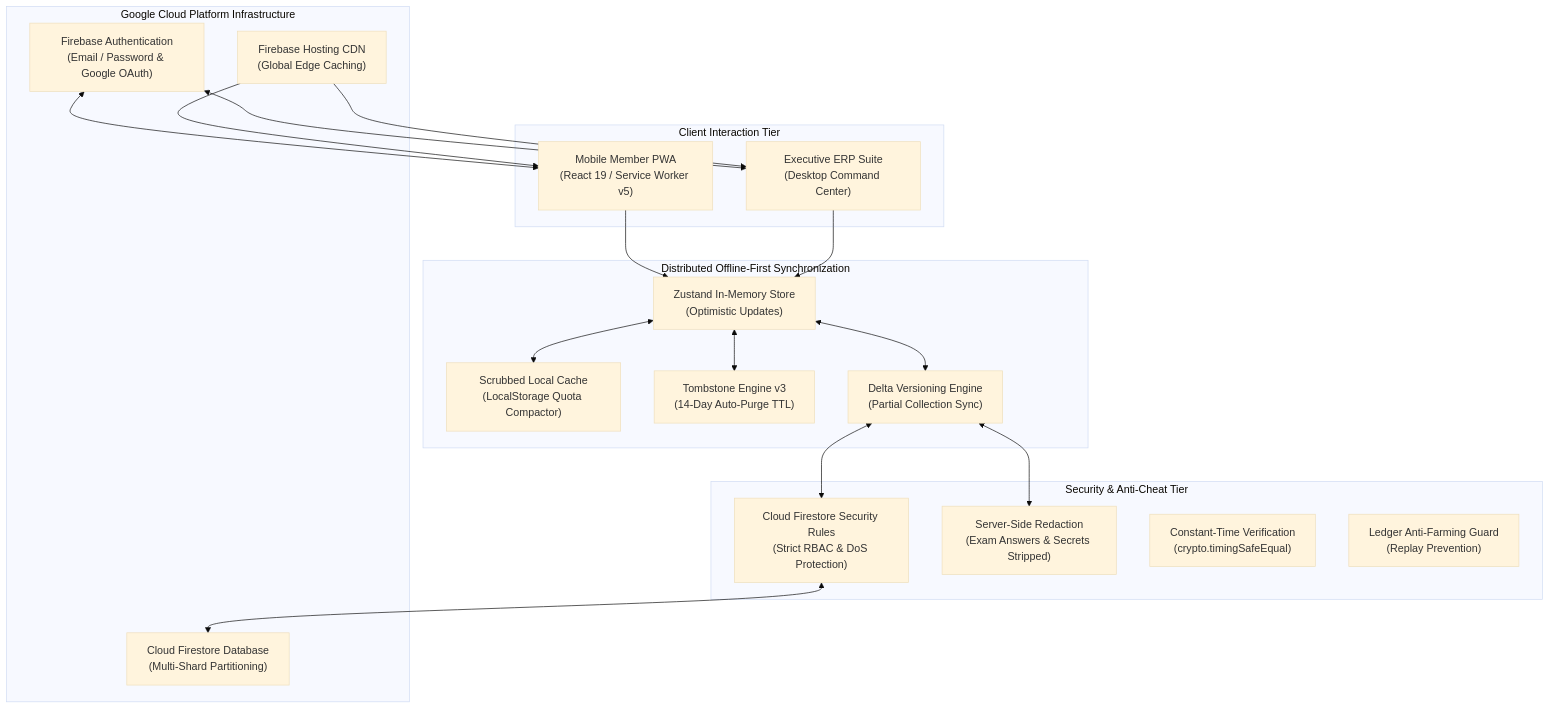
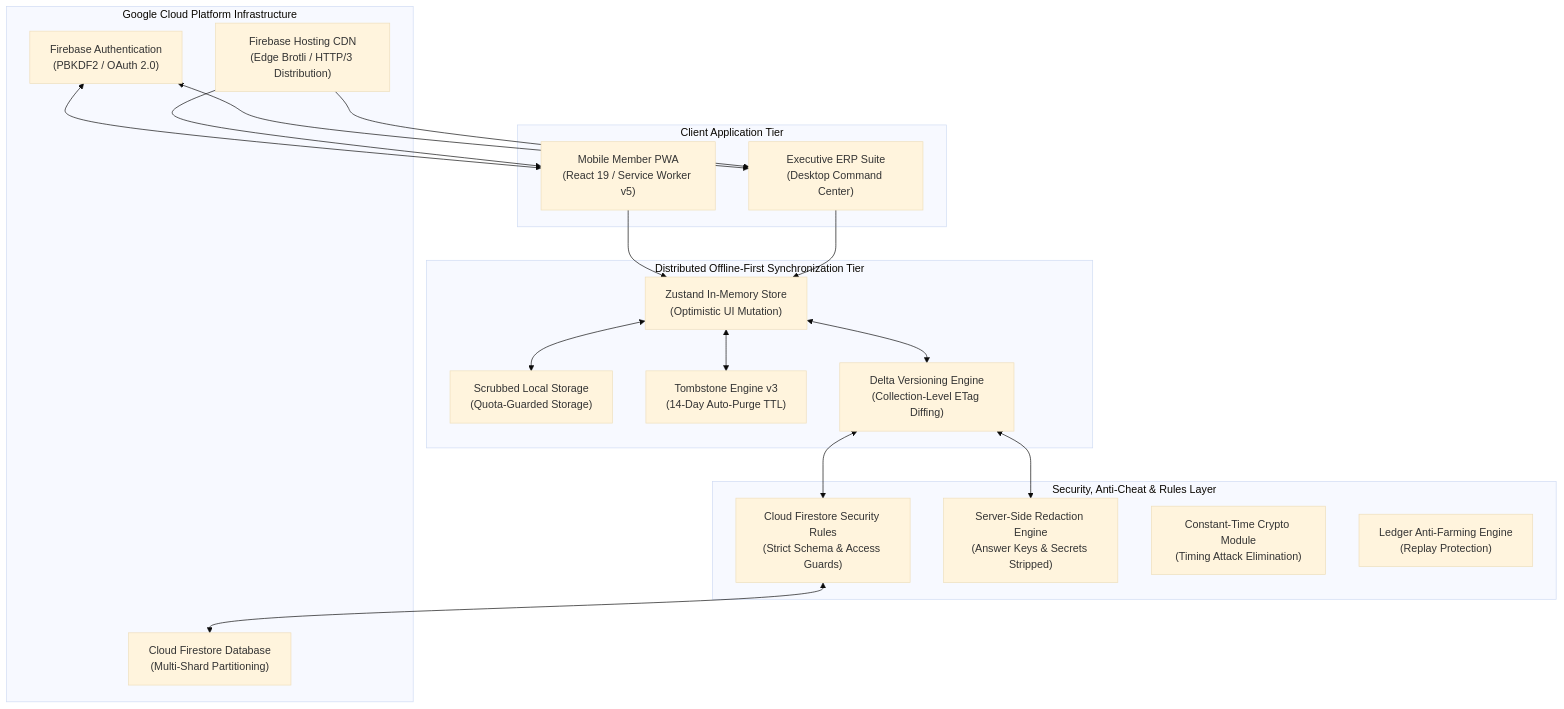
Before and after one commit to ayoubsarri/QUANTERS: the first of 3 diagrams in README.md, drawn with Mermaid (base theme). The commit also changed other lines of this file and 88 other files, not shown here.

````diff
--- a/README.md
+++ b/README.md
@@ -100,41 +103,41 @@
 ```mermaid
-graph TB
-    subgraph ClientSurfaces["Client Interaction Tier"]
+graph TD
+    subgraph ClientLayer["Client Application Tier"]
         PWA["Mobile Member PWA<br/>(React 19 / Service Worker v5)"]
         ADMIN["Executive ERP Suite<br/>(Desktop Command Center)"]
     end
 
-    subgraph StateAndSync["Distributed Offline-First Synchronization"]
-        STORE["Zustand In-Memory Store<br/>(Optimistic Updates)"]
-        CACHE["Scrubbed Local Cache<br/>(LocalStorage Quota Compactor)"]
+    subgraph StateTier["Distributed Offline-First Synchronization Tier"]
+        STORE["Zustand In-Memory Store<br/>(Optimistic UI Mutation)"]
+        LOCAL["Scrubbed Local Storage<br/>(Quota-Guarded Storage)"]
         TOMB["Tombstone Engine v3<br/>(14-Day Auto-Purge TTL)"]
-        DIFF["Delta Versioning Engine<br/>(Partial Collection Sync)"]
+        DELTA["Delta Versioning Engine<br/>(Collection-Level ETag Diffing)"]
     end
 
-    subgraph SecurityAndAntiCheat["Security & Anti-Cheat Tier"]
-        RULES["Cloud Firestore Security Rules<br/>(Strict RBAC & DoS Protection)"]
-        REDACT["Server-Side Redaction<br/>(Exam Answers & Secrets Stripped)"]
-        TIMING["Constant-Time Verification<br/>(crypto.timingSafeEqual)"]
-        DEDUP["Ledger Anti-Farming Guard<br/>(Replay Prevention)"]
+    subgraph SecurityTier["Security, Anti-Cheat & Rules Layer"]
+        RULES["Cloud Firestore Security Rules<br/>(Strict Schema & Access Guards)"]
+        REDACT["Server-Side Redaction Engine<br/>(Answer Keys & Secrets Stripped)"]
+        CONSTTIME["Constant-Time Crypto Module<br/>(Timing Attack Elimination)"]
+        DEDUP["Ledger Anti-Farming Engine<br/>(Replay Protection)"]
     end
 
-    subgraph CloudInfrastructure["Google Cloud Platform Infrastructure"]
-        AUTH["Firebase Authentication<br/>(Email / Password & Google OAuth)"]
+    subgraph CloudLayer["Google Cloud Platform Infrastructure"]
+        AUTH["Firebase Authentication<br/>(PBKDF2 / OAuth 2.0)"]
         FS["Cloud Firestore Database<br/>(Multi-Shard Partitioning)"]
-        HOST["Firebase Hosting CDN<br/>(Global Edge Caching)"]
+        CDN["Firebase Hosting CDN<br/>(Edge Brotli / HTTP/3 Distribution)"]
     end
 
     PWA --> STORE
     ADMIN --> STORE
-    STORE <--> CACHE
+    STORE <--> LOCAL
     STORE <--> TOMB
-    STORE <--> DIFF
+    STORE <--> DELTA
 
-    DIFF <--> RULES
-    DIFF <--> REDACT
+    DELTA <--> RULES
+    DELTA <--> REDACT
     RULES <--> FS
     AUTH <--> PWA
     AUTH <--> ADMIN
-    HOST --> PWA
-    HOST --> ADMIN
+    CDN --> PWA
+    CDN --> ADMIN
 ```
````
